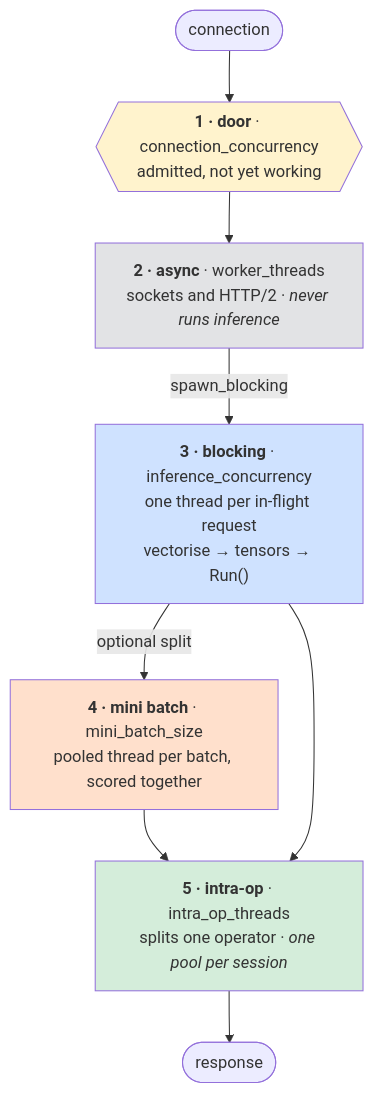
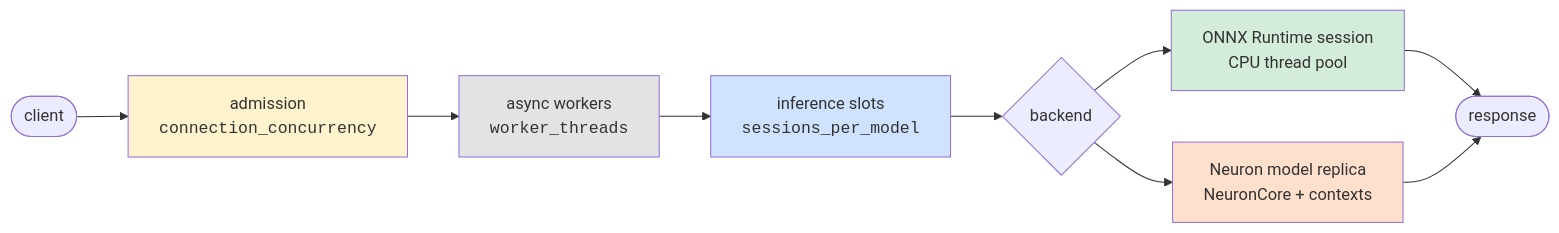
The first of 4 diagrams in documentation/threads-and-cores.md (PratikBarhate/hushar), drawn with Mermaid before and after one commit. The commit also changed other lines of this file and 3548 other files, not shown here.

````diff
--- a/documentation/threads-and-cores.md
+++ b/documentation/threads-and-cores.md
@@ -38,19 +13,16 @@
 ```mermaid
-flowchart TB
-  sock(["connection"]) --> g
-  g{{"<b>1 · door</b> · connection_concurrency<br/>admitted, not yet working"}} --> w
-  w["<b>2 · async</b> · worker_threads<br/>sockets and HTTP/2 · <i>never runs inference</i>"]
-  w -->|"spawn_blocking"| b
-  b["<b>3 · blocking</b> · inference_concurrency<br/>one thread per in-flight request<br/>vectorise → tensors → Run()"]
-  b -->|"optional split"| m
-  m["<b>4 · mini batch</b> · mini_batch_size<br/>pooled thread per batch, scored together"]
-  m --> o
-  b --> o
-  o["<b>5 · intra-op</b> · intra_op_threads<br/>splits one operator · <i>one pool per session</i>"]
-  o --> resp(["response"])
-  style g fill:#fff3cd
-  style w fill:#e2e3e5
-  style b fill:#cfe2ff
-  style m fill:#ffe0cc
-  style o fill:#d4edda
+flowchart LR
+  client([client]) --> door["admission<br/><code>connection_concurrency</code>"]
+  door --> async["async workers<br/><code>worker_threads</code>"]
+  async --> slots["inference slots<br/><code>sessions_per_model</code>"]
+  slots --> backend{backend}
+  backend --> ort["ONNX Runtime session<br/>CPU thread pool"]
+  backend --> neuron["Neuron model replica<br/>NeuronCore + contexts"]
+  ort --> response([response])
+  neuron --> response
+  style door fill:#fff3cd
+  style async fill:#e2e3e5
+  style slots fill:#cfe2ff
+  style ort fill:#d4edda
+  style neuron fill:#ffe0cc
 ```
````
